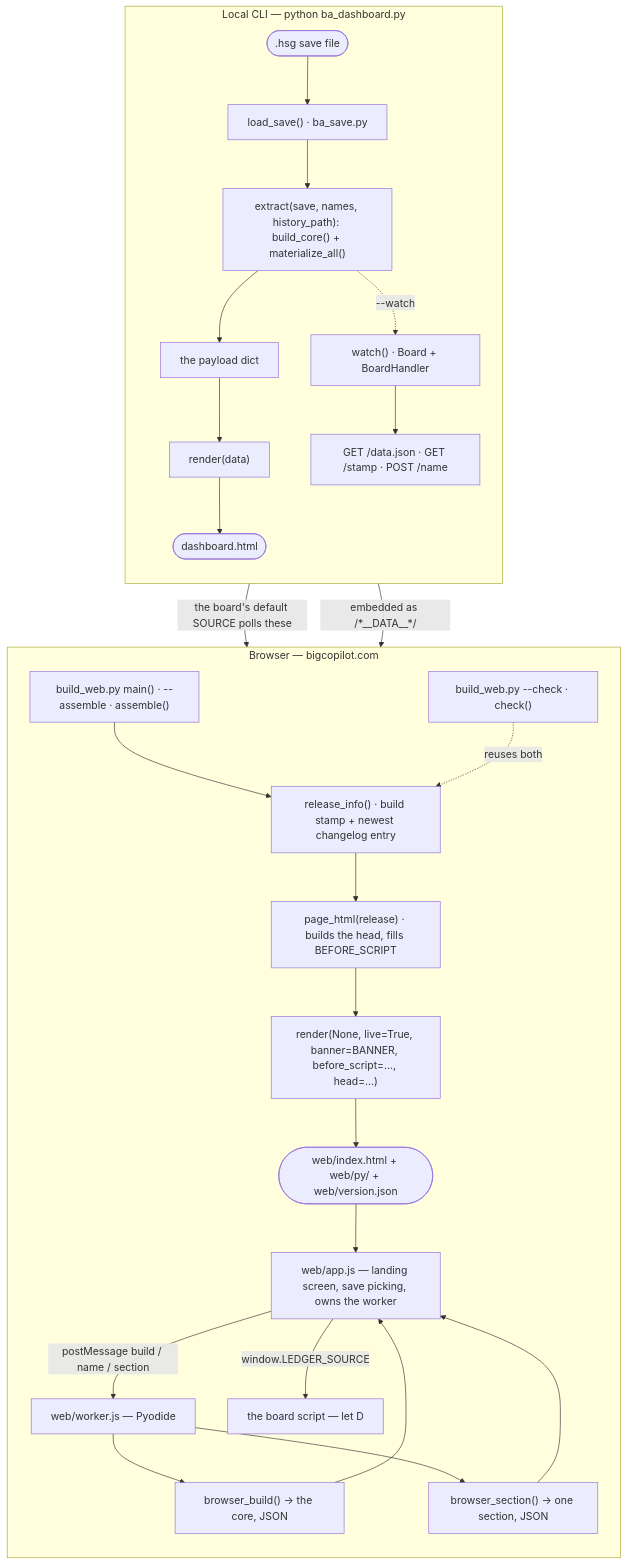
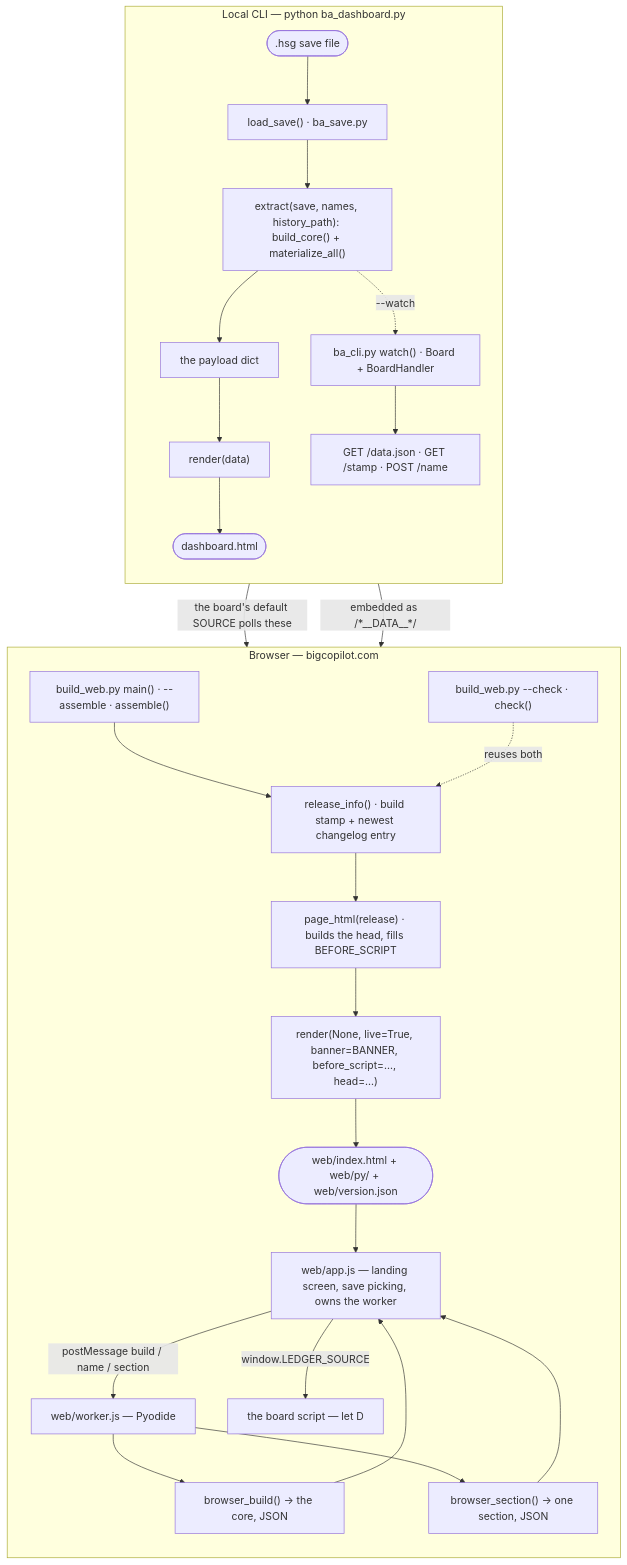
Before and after one commit to PeterHartwieg/big-copilot: the diagram in docs/architecture.md, drawn with Mermaid. The commit also changed other lines of this file and 1 other file, not shown here.

````diff
--- a/docs/architecture.md
+++ b/docs/architecture.md
@@ -13,34 +13,34 @@
 ```mermaid
 flowchart TD
   save([".hsg save file"])
 
   subgraph local["Local CLI — python ba_dashboard.py"]
     direction TB
     save --> load["load_save() · ba_save.py"]
     load --> extract["extract(save, names, history_path): build_core() + materialize_all()"]
     extract --> payload["the payload dict"]
     payload --> renderL["render(data)"]
     renderL --> out(["dashboard.html"])
-    extract -.->|"--watch"| watch["watch() · Board + BoardHandler"]
+    extract -.->|"--watch"| watch["ba_cli.py watch() · Board + BoardHandler"]
     watch --> routes["GET /data.json · GET /stamp · POST /name"]
   end
 
   subgraph web["Browser — bigcopilot.com"]
     direction TB
     bw["build_web.py main() · --assemble · assemble()"] --> ri["release_info() · build stamp + newest changelog entry"]
     ri --> ph["page_html(release) · builds the head, fills BEFORE_SCRIPT"]
     chk["build_web.py --check · check()"] -.->|"reuses both"| ri
     ph --> renderW["render(None, live=True, banner=BANNER, before_script=…, head=…)"]
     renderW --> index(["web/index.html + web/py/ + web/version.json"])
     index --> app["web/app.js — landing screen, save picking, owns the worker"]
     app -->|"postMessage build / name / section"| wk["web/worker.js — Pyodide"]
     wk --> bb["browser_build() → the core, JSON"]
     wk --> bs["browser_section() → one section, JSON"]
     bb --> app
     bs --> app
     app -->|"window.LEDGER_SOURCE"| board["the board script — let D"]
   end
 
   routes -->|"the board's default SOURCE polls these"| board
   payload -->|"embedded as /*__DATA__*/"| board
 ```
````
